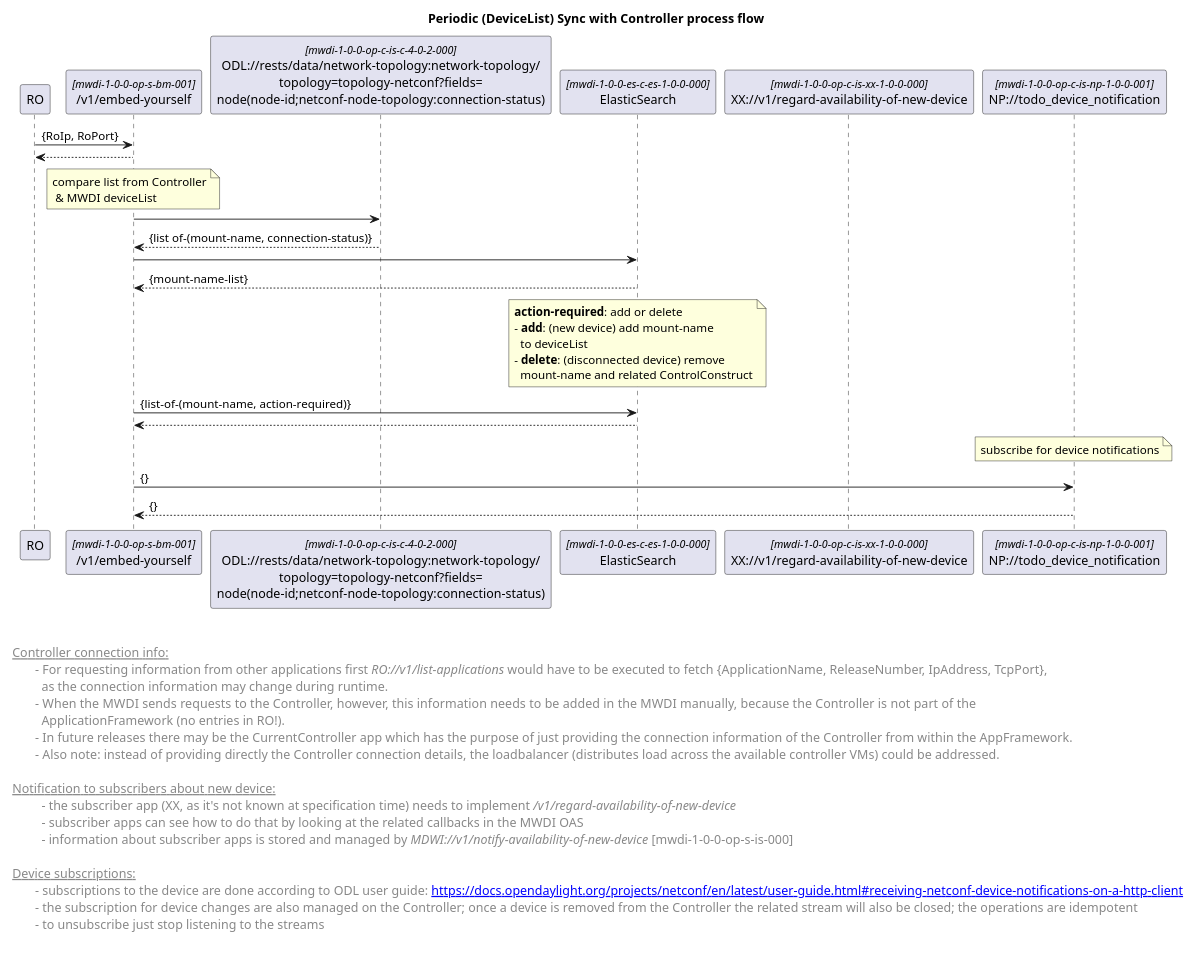
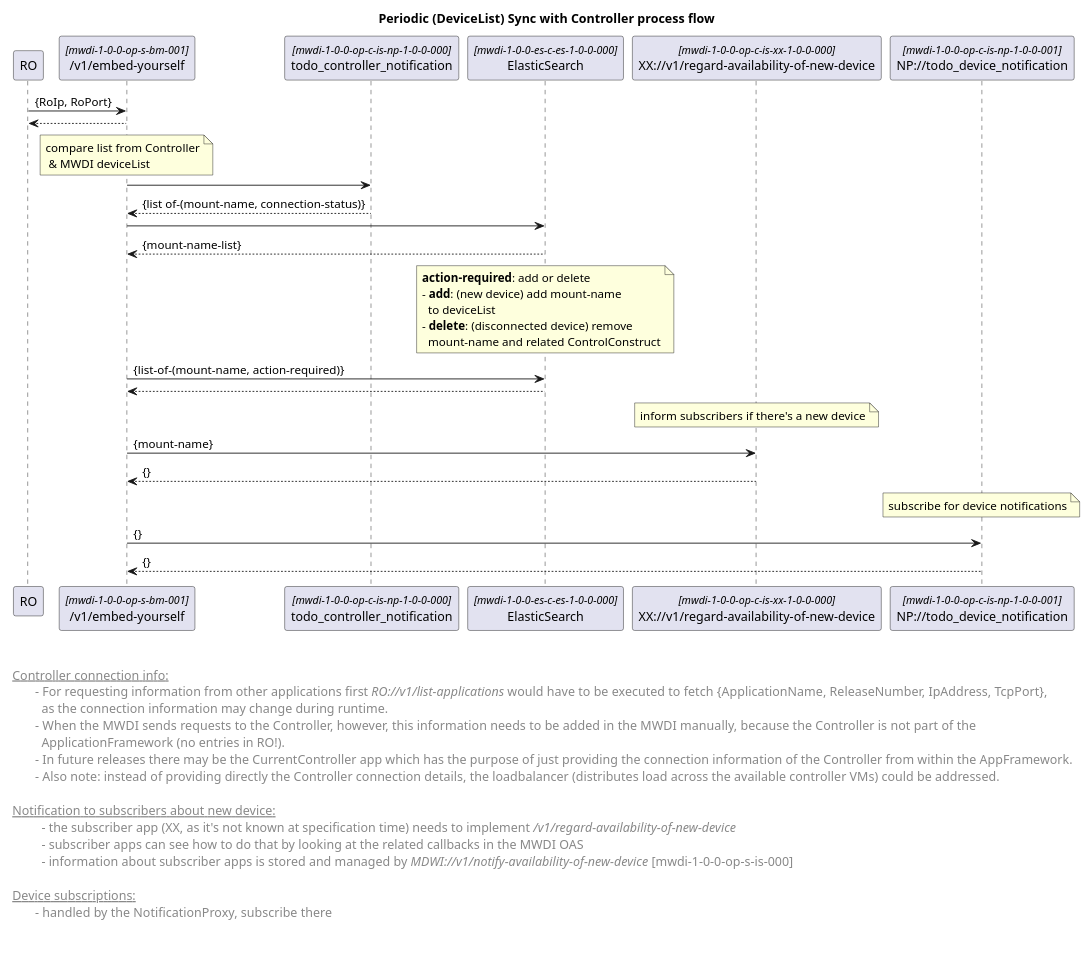
Before and after one commit to openBackhaul/MicroWaveDeviceInventory: the diagram in spec/_NEU_MIT_NOTIFICATION_PROXY_draft/diagrams/01x_forwardingCyclicOperationDeviceListSync.plantuml, drawn with PlantUML. The commit also changed 2 other files, not shown here.

```diff
--- a/spec/_NEU_MIT_NOTIFICATION_PROXY_draft/diagrams/01x_forwardingCyclicOperationDeviceListSync.plantuml
+++ b/spec/_NEU_MIT_NOTIFICATION_PROXY_draft/diagrams/01x_forwardingCyclicOperationDeviceListSync.plantuml
@@ -1,82 +1,86 @@
 @startuml
 skinparam responseMessageBelowArrow true
 skinparam guillemet [ ]
 skinparam participant {
   StereotypeFontSize 12  
 }
 
 title  Periodic (DeviceList) Sync with Controller process flow
 
 
 'participants
 participant "RO" as ro
 participant "/v1/embed-yourself" as mwdi <<mwdi-1-0-0-op-s-bm-001>>
-participant "ODL://rests/data/network-topology:network-topology/\ntopology=topology-netconf?fields=\nnode(node-id;netconf-node-topology:connection-status)" as odlConnectionStatus <<mwdi-1-0-0-op-c-is-c-4-0-2-000>>
+participant "todo_controller_notification" as npsubConnectionStatus <<mwdi-1-0-0-op-c-is-np-1-0-0-000>>
 participant "ElasticSearch" as es <<mwdi-1-0-0-es-c-es-1-0-0-000>>
 participant "XX://v1/regard-availability-of-new-device" as notificationToXX <<mwdi-1-0-0-op-c-is-xx-1-0-0-000>>
 participant "NP://todo_device_notification" as npsubscribedev <<mwdi-1-0-0-op-c-is-np-1-0-0-001>>
 
 
 ro -> mwdi: {RoIp, RoPort}
 mwdi --> ro
 
 'get deviceList from Controller
 note over mwdi: compare list from Controller\n & MWDI deviceList
-mwdi -> odlConnectionStatus
-odlConnectionStatus --> mwdi: {list of-(mount-name, connection-status)}
+mwdi -> npsubConnectionStatus
+npsubConnectionStatus --> mwdi: {list of-(mount-name, connection-status)}
 
 'get MWDI deviceList from ElasticSearch 
 mwdi -> es
 es --> mwdi: {mount-name-list}
 
 'diff both lists and process devices accordingly
 note over es
  <b>action-required</b>: add or delete
  - <b>add</b>: (new device) add mount-name 
    to deviceList
  - <b>delete</b>: (disconnected device) remove 
    mount-name and related ControlConstruct
 end note 
 
+
 mwdi -> es: {list-of-(mount-name, action-required)}
 es --> mwdi
 
 'inform subscribers about new device
+note over notificationToXX: inform subscribers if there's a new device
+mwdi -> notificationToXX: {mount-name}
+notificationToXX --> mwdi: {}
+
+
 note over npsubscribedev: subscribe for device notifications
 mwdi -> npsubscribedev: {}
 npsubscribedev --> mwdi: {}
 
 
 
 left footer 
 
 
 <u> Controller connection info:</u>
 \t- For requesting information from other applications first <i>RO://v1/list-applications</i> would have to be executed to fetch {ApplicationName, ReleaseNumber, IpAddress, TcpPort}, 
 \t  as the connection information may change during runtime.
 \t-  When the MWDI sends requests to the Controller, however, this information needs to be added in the MWDI manually, because the Controller is not part of the 
 \t  ApplicationFramework (no entries in RO!). 
 \t-  In future releases there may be the CurrentController app which has the purpose of just providing the connection information of the Controller from within the AppFramework.
 \t-  Also note: instead of providing directly the Controller connection details, the loadbalancer (distributes load across the available controller VMs) could be addressed.
 
 <u> Notification to subscribers about new device:</u>
 \t  - the subscriber app (XX, as it's not known at specification time) needs to implement <i>/v1/regard-availability-of-new-device</i>
 \t  - subscriber apps can see how to do that by looking at the related callbacks in the MWDI OAS 
 \t  - information about subscriber apps is stored and managed by <i>MDWI://v1/notify-availability-of-new-device</i> [mwdi-1-0-0-op-s-is-000]
 
 <u> Device subscriptions:</u>
-\t- subscriptions to the device are done according to ODL user guide: [[https://docs.opendaylight.org/projects/netconf/en/latest/user-guide.html#receiving-netconf-device-notifications-on-a-http-client]]
-\t- the subscription for device changes are also managed on the Controller; once a device is removed from the Controller the related stream will also be closed; the operations are idempotent
-\t- to unsubscribe just stop listening to the streams
+\t- handled by the NotificationProxy, subscribe there
 
 
 end footer
 
 <style>
 footer {
   HorizontalAlignment left
   FontSize 14
 }
 </style>
 
 @enduml
```
